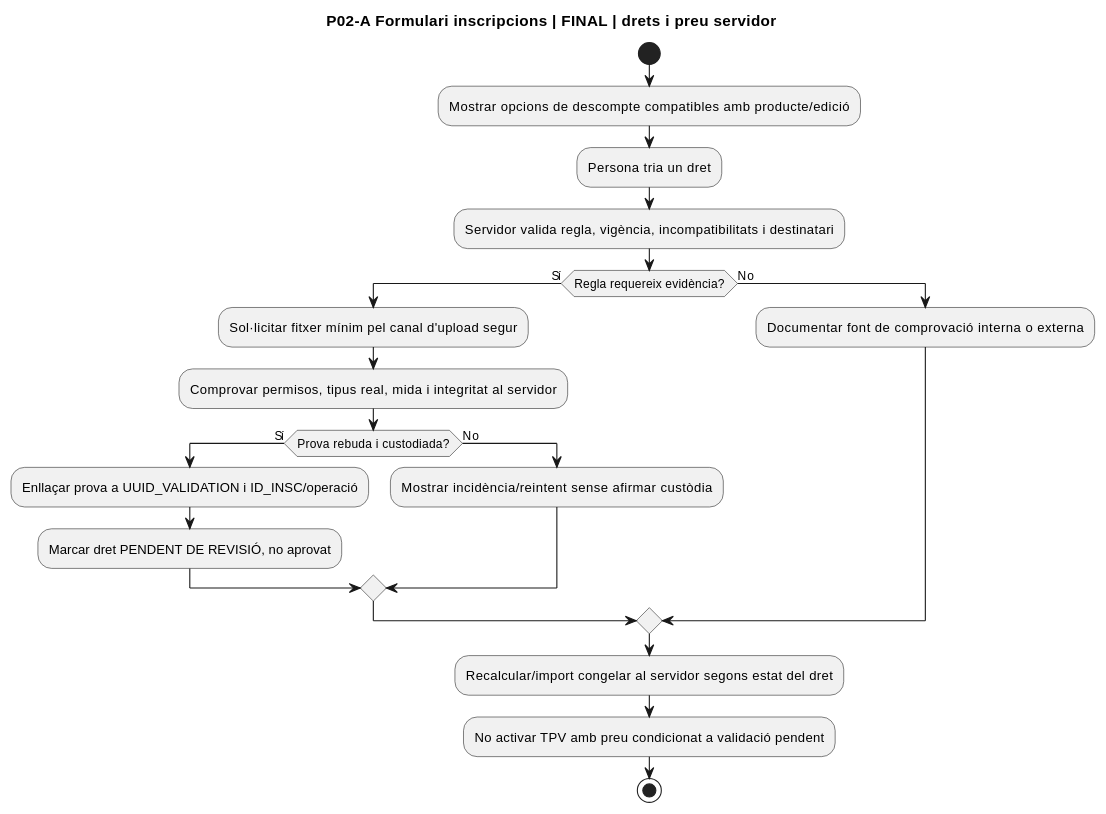
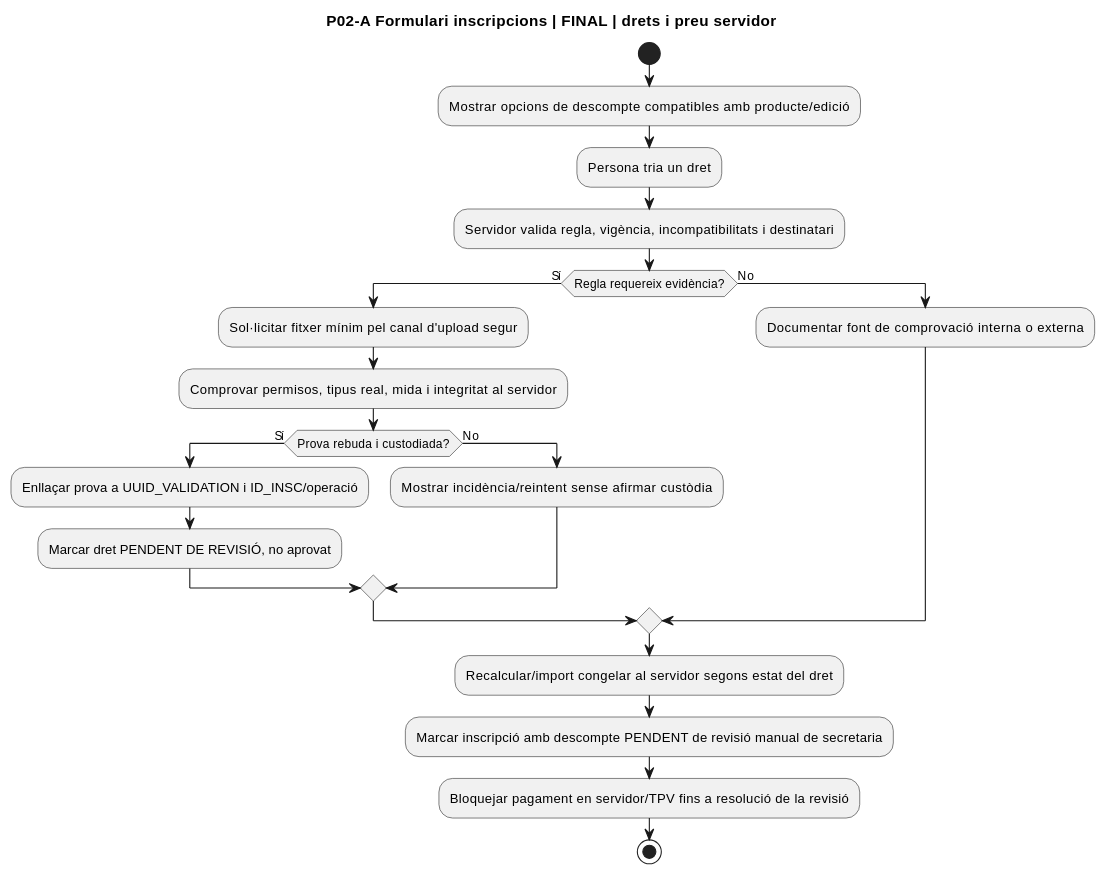
The fourth of 10 diagrams in documentacio/07-uml-integrat/uc-116-activitats-pagines-justificants-actual-final.md (orgmeriemprismacat-del/verifactu), drawn with PlantUML before and after one commit. The commit also changed other lines of this file, not shown here.

Commit message:
docs: apply agreed UC116 manual review, payment gate, denial, retention and roles to final activity UML

````diff
--- a/documentacio/07-uml-integrat/uc-116-activitats-pagines-justificants-actual-final.md
+++ b/documentacio/07-uml-integrat/uc-116-activitats-pagines-justificants-actual-final.md
@@ -98,24 +98,25 @@
 ```plantuml
 @startuml
 title P02-A Formulari inscripcions | FINAL | drets i preu servidor
 start
 :Mostrar opcions de descompte compatibles amb producte/edició;
 :Persona tria un dret;
 :Servidor valida regla, vigència, incompatibilitats i destinatari;
 if (Regla requereix evidència?) then (Sí)
  :Sol·licitar fitxer mínim pel canal d'upload segur;
  :Comprovar permisos, tipus real, mida i integritat al servidor;
  if (Prova rebuda i custodiada?) then (Sí)
   :Enllaçar prova a UUID_VALIDATION i ID_INSC/operació;
   :Marcar dret PENDENT DE REVISIÓ, no aprovat;
  else (No)
   :Mostrar incidència/reintent sense afirmar custòdia;
  endif
 else (No)
  :Documentar font de comprovació interna o externa;
 endif
 :Recalcular/import congelar al servidor segons estat del dret;
-:No activar TPV amb preu condicionat a validació pendent;
+:Marcar inscripció amb descompte PENDENT de revisió manual de secretaria;
+:Bloquejar pagament en servidor/TPV fins a resolució de la revisió;
 stop
 @enduml
 ```
````
